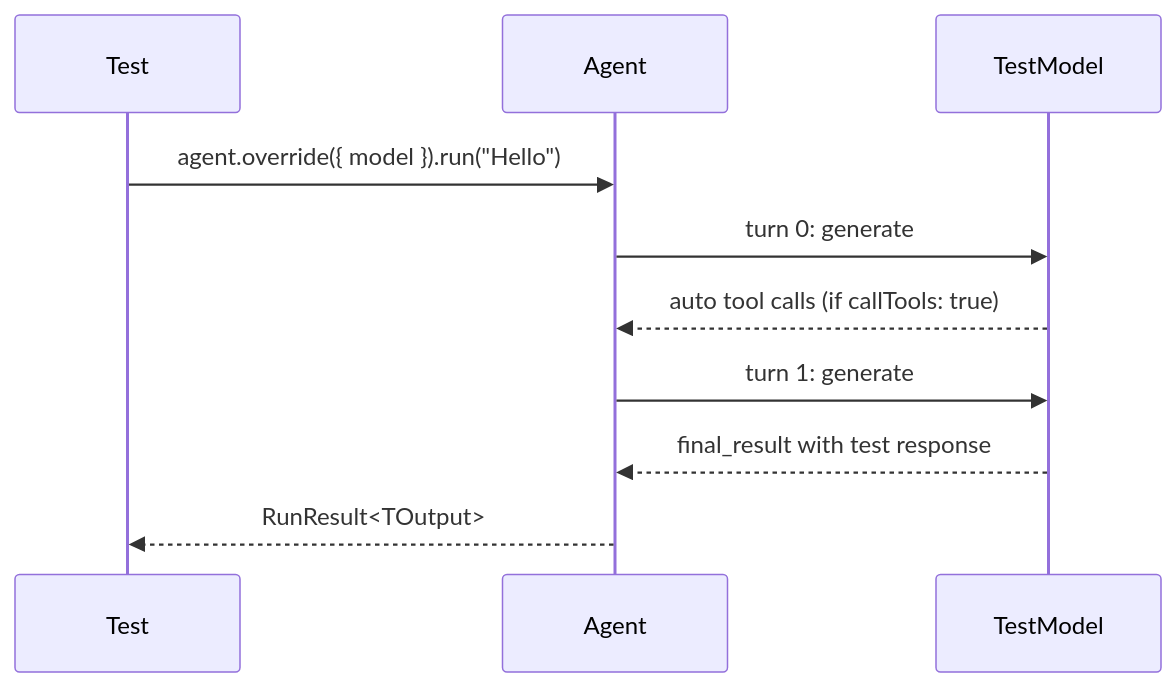
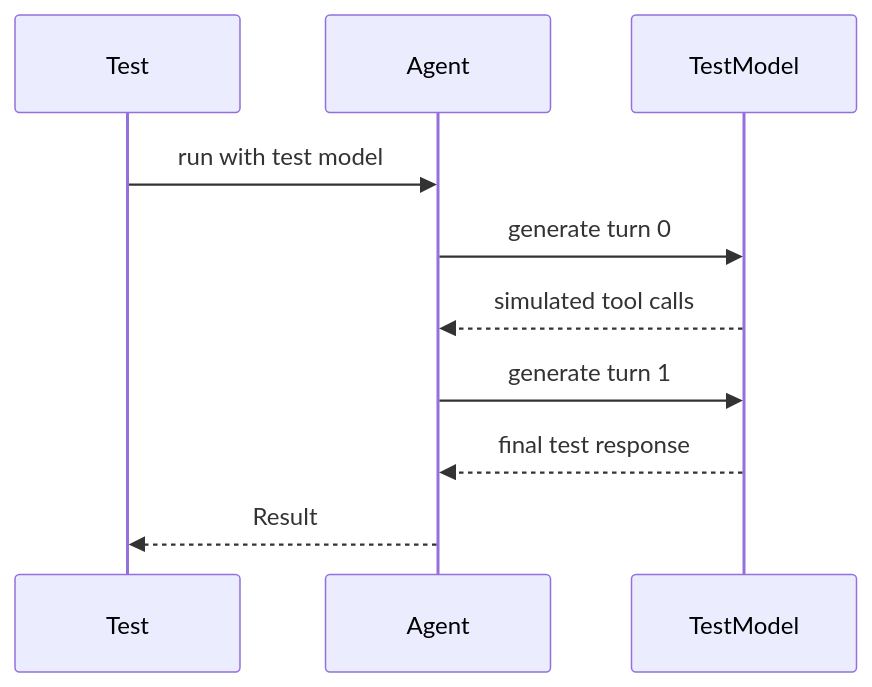
The diagram in packages/framework/docs/concepts/testing.mdx (a7ul/vibes), drawn with Mermaid before and after one commit. The commit also changed 26 other files, not shown here.

````diff
--- a/packages/framework/docs/concepts/testing.mdx
+++ b/packages/framework/docs/concepts/testing.mdx
@@ -25,13 +25,13 @@
 ```mermaid
 sequenceDiagram
     participant Test
     participant Agent
     participant TestModel
 
-    Test->>Agent: agent.override({ model }).run("Hello")
-    Agent->>TestModel: turn 0: generate
-    TestModel-->>Agent: auto tool calls (if callTools: true)
-    Agent->>TestModel: turn 1: generate
-    TestModel-->>Agent: final_result with test response
-    Agent-->>Test: RunResult<TOutput>
+    Test->>Agent: run with test model
+    Agent->>TestModel: generate turn 0
+    TestModel-->>Agent: simulated tool calls
+    Agent->>TestModel: generate turn 1
+    TestModel-->>Agent: final test response
+    Agent-->>Test: Result
 ```
````
